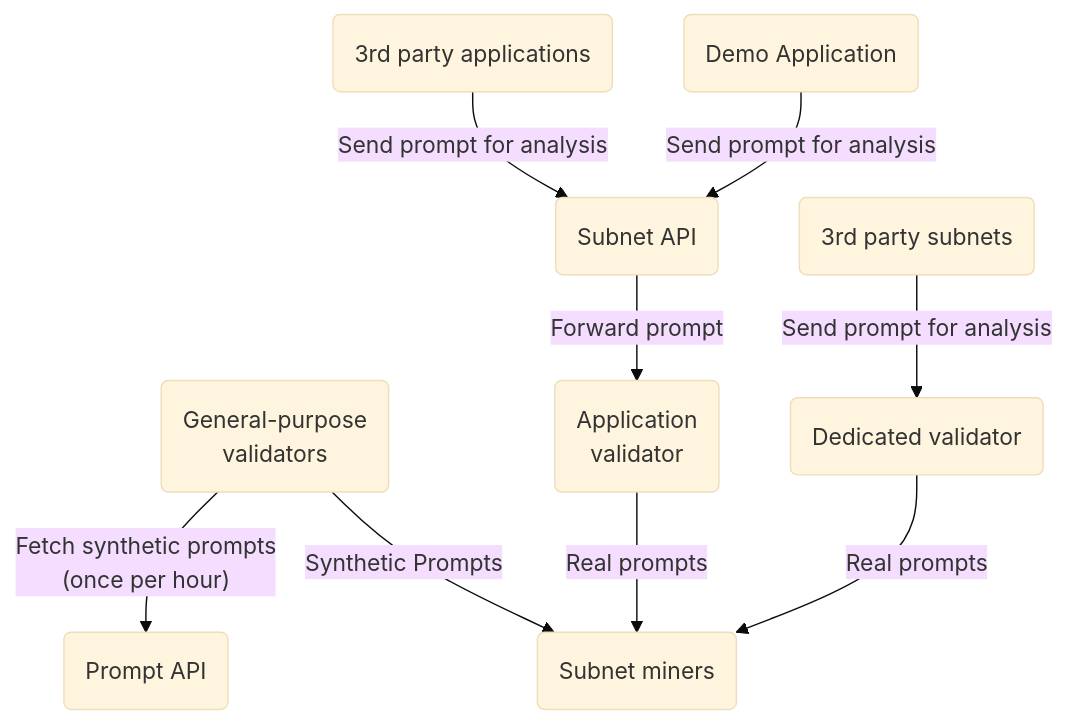
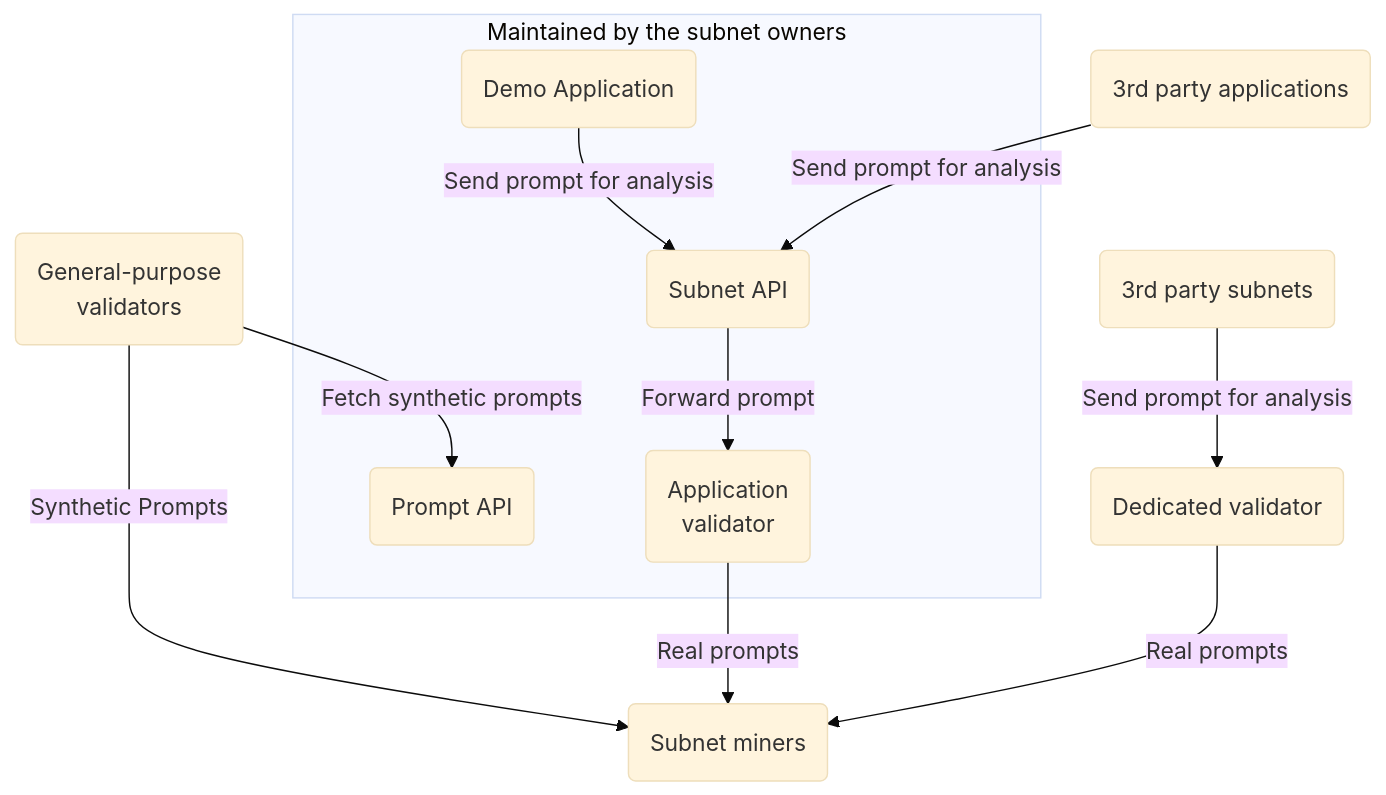
Before and after one commit to synapsec-ai/llm-defender-subnet: the first of 2 diagrams in docs/developer-guide.md, drawn with Mermaid (base theme). The commit also changed other lines of this file, not shown here.

Commit message:
changed graph to debug rendering issues

````diff
--- a/docs/developer-guide.md
+++ b/docs/developer-guide.md
@@ -4,15 +4,17 @@
 ```mermaid
 graph TD 
     A(General-purpose \nvalidators) -- Synthetic Prompts --> B(Subnet miners)
+    subgraph Maintained by the subnet owners 
     C(Prompt API)
     D(Subnet API)
     D1(Demo Application) -- Send prompt for analysis --> D
     E(Application \nvalidator)
+    end
     F(3rd party applications)
     E -- Real prompts --> B
-    A -- Fetch synthetic prompts \n(once per hour) --> C
+    A -- Fetch synthetic prompts --> C
     F -- Send prompt for analysis --> D
     D -- Forward prompt --> E
 
     G(3rd party subnets) -- Send prompt for analysis--> H(Dedicated validator) -- Real prompts --> B
 ```
````
